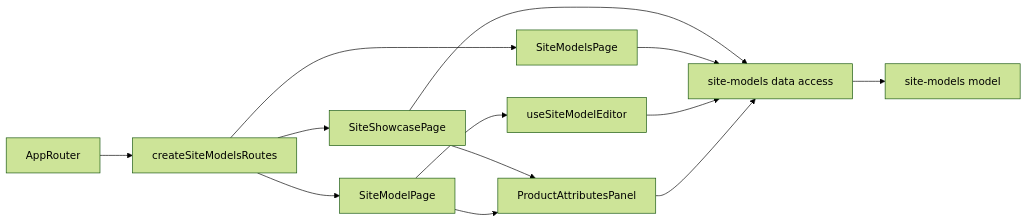
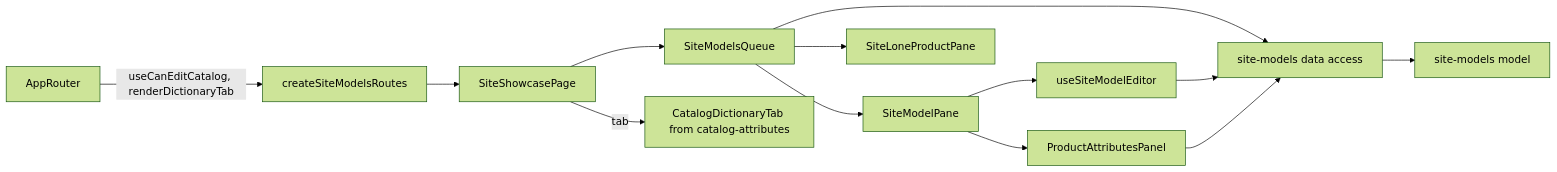
One commit to Weretik/kedr-web changed the diagram in docs/features/admin/site-models.md. Above: the diagram before and after it, drawn with Mermaid (forest theme). The commit also changed other lines of this file and 36 other files, not shown here.

First line of the commit message:
Admin: attribute values edited in place, codes decided in a side panel, filters on the site category tree; drop unused list code (spec 007 stage 4c)

````diff
--- a/docs/features/admin/site-models.md
+++ b/docs/features/admin/site-models.md
@@ -18,15 +16,15 @@
 ```mermaid
 flowchart LR
-    App[AppRouter] --> Routes[createSiteModelsRoutes]
-    Routes --> Showcase[SiteShowcasePage]
-    Routes --> Models[SiteModelsPage]
-    Routes --> Card[SiteModelPage]
-    Showcase --> Panel[ProductAttributesPanel]
-    Card --> Panel
-    Card --> Editor[useSiteModelEditor]
-    Showcase --> Api[site-models data access]
-    Models --> Api
+    App[AppRouter] -->|useCanEditCatalog, renderDictionaryTab| Routes[createSiteModelsRoutes]
+    Routes --> Page[SiteShowcasePage]
+    Page --> Queue[SiteModelsQueue]
+    Page -->|tab| Dictionary[CatalogDictionaryTab from catalog-attributes]
+    Queue --> Pane[SiteModelPane]
+    Queue --> Lone[SiteLoneProductPane]
+    Pane --> Editor[useSiteModelEditor]
+    Pane --> Panel[ProductAttributesPanel]
+    Queue --> Api[site-models data access]
     Editor --> Api
     Panel --> Api
     Api --> Model[site-models model]
 ```
````
